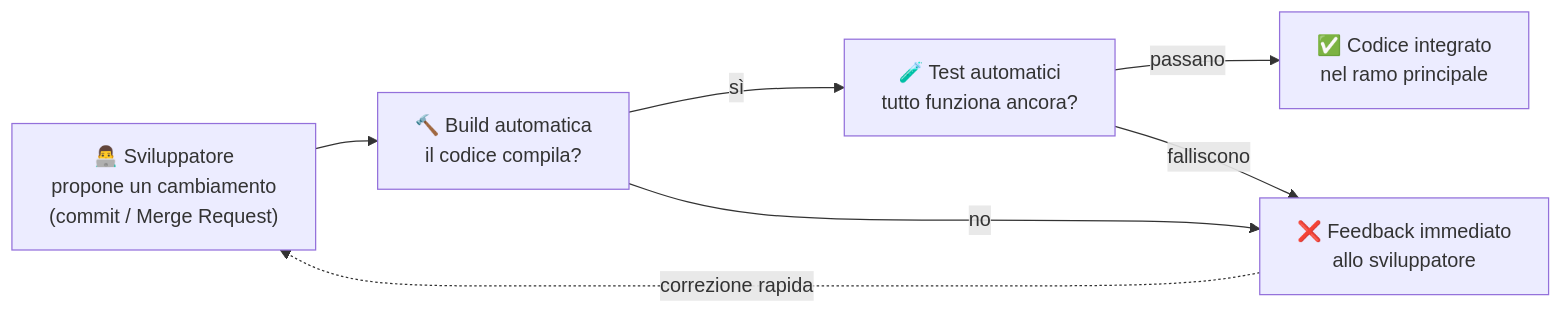
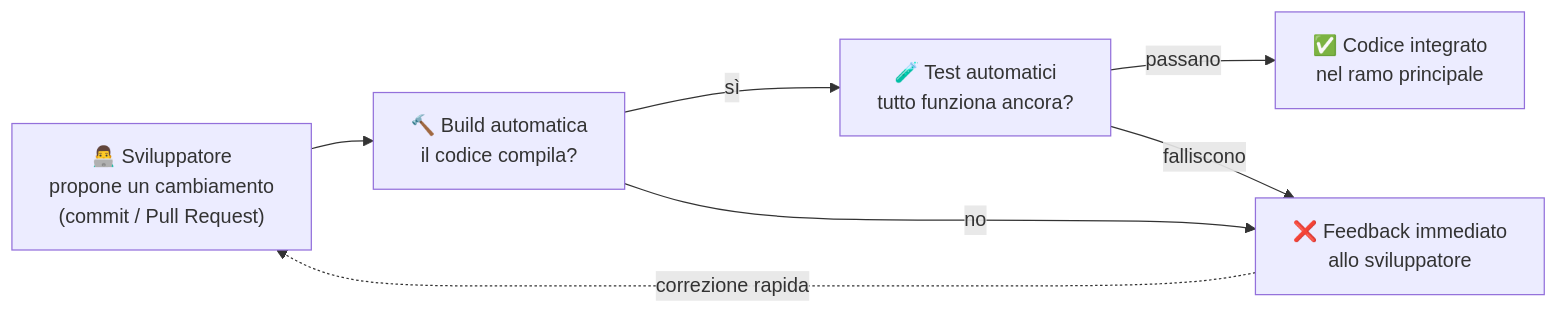
The fourth of 7 diagrams in docs/09-devops/README.md (darioschioppi/corso-onboarding-devops), drawn with Mermaid before and after one commit. The commit also changed other lines of this file and 52 other files, not shown here.

````diff
--- a/docs/09-devops/README.md
+++ b/docs/09-devops/README.md
@@ -506,9 +506,9 @@
 ```mermaid
 flowchart LR
-    A["👨‍💻 Sviluppatore<br/>propone un cambiamento<br/>(commit / Merge Request)"] --> B["🔨 Build automatica<br/>il codice compila?"]
+    A["👨‍💻 Sviluppatore<br/>propone un cambiamento<br/>(commit / Pull Request)"] --> B["🔨 Build automatica<br/>il codice compila?"]
     B -->|sì| C["🧪 Test automatici<br/>tutto funziona ancora?"]
     B -->|no| E["❌ Feedback immediato<br/>allo sviluppatore"]
     C -->|passano| D["✅ Codice integrato<br/>nel ramo principale"]
     C -->|falliscono| E
     E -.->|correzione rapida| A
 ```
````
